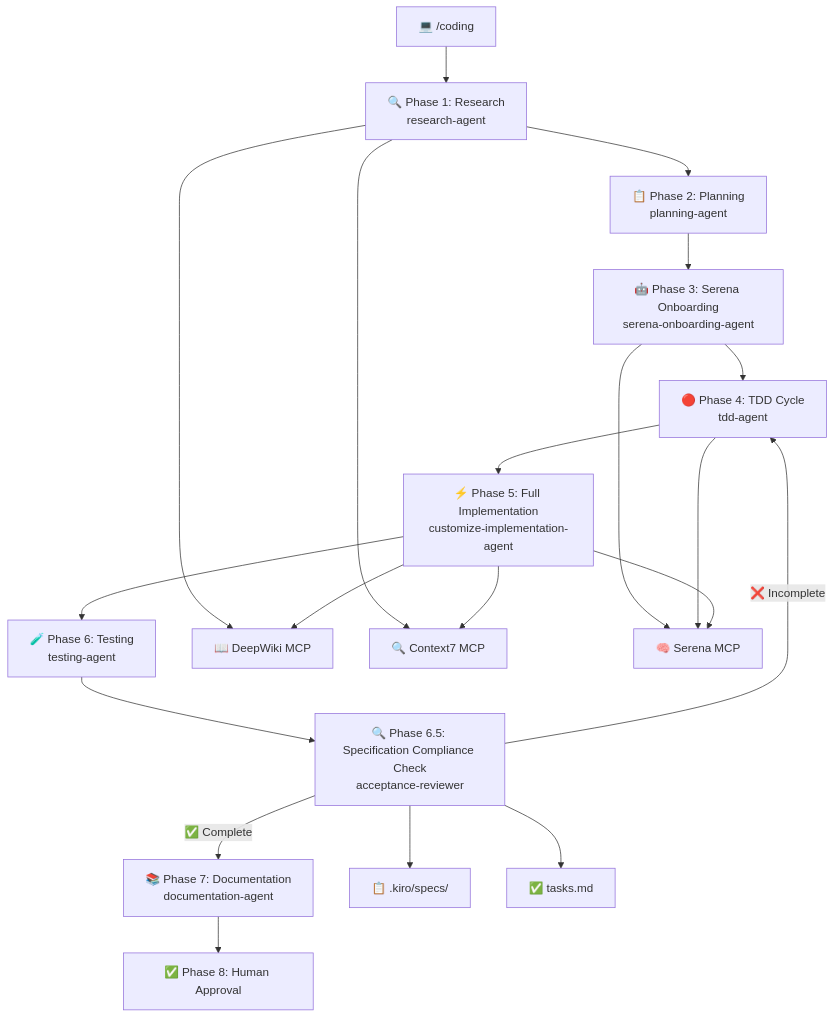
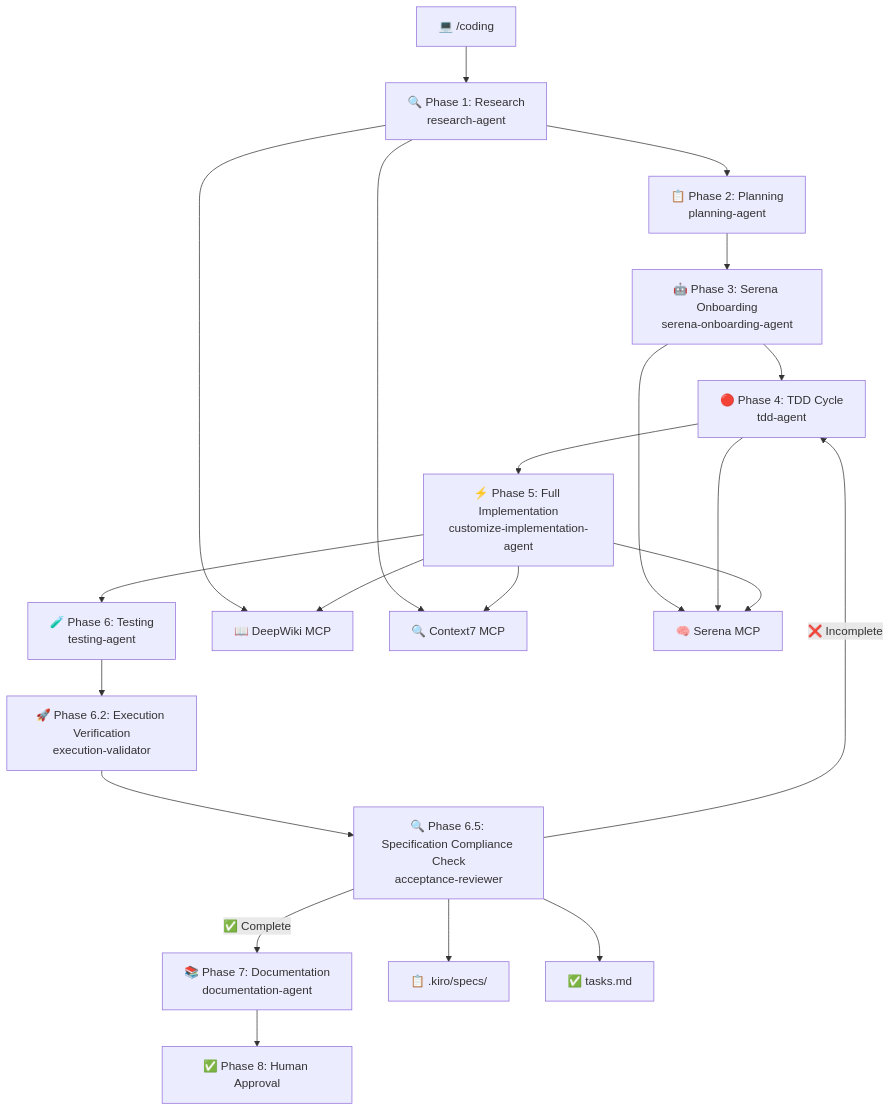
One commit to s-hiraoku/b2b-design-system changed the fourth of 10 diagrams in docs/design/ARCHITECTURE.md. Above: the diagram before and after it, drawn with Mermaid. The commit also changed other lines of this file and 5 other files, not shown here.

First line of the commit message:
Add execution verification phase and execution validator agent to workflow

````diff
--- a/docs/design/ARCHITECTURE.md
+++ b/docs/design/ARCHITECTURE.md
@@ -133,26 +133,27 @@
 ```mermaid
 graph TD
     CodingMain[💻 /coding] --> Phase1[🔍 Phase 1: Research<br/>research-agent]
     Phase1 --> Phase2[📋 Phase 2: Planning<br/>planning-agent]
     Phase2 --> Phase3[🤖 Phase 3: Serena Onboarding<br/>serena-onboarding-agent]
     Phase3 --> Phase4[🔴 Phase 4: TDD Cycle<br/>tdd-agent]
     Phase4 --> Phase5[⚡ Phase 5: Full Implementation<br/>customize-implementation-agent]
     Phase5 --> Phase6[🧪 Phase 6: Testing<br/>testing-agent]
-    Phase6 --> SpecCheck[🔍 Phase 6.5: Specification Compliance Check<br/>acceptance-reviewer]
+    Phase6 --> ExecVerif[🚀 Phase 6.2: Execution Verification<br/>execution-validator]
+    ExecVerif --> SpecCheck[🔍 Phase 6.5: Specification Compliance Check<br/>acceptance-reviewer]
     SpecCheck --> |✅ Complete| Phase7[📚 Phase 7: Documentation<br/>documentation-agent]
     SpecCheck --> |❌ Incomplete| Phase4
     Phase7 --> Approval[✅ Phase 8: Human Approval]
 
     %% MCP Integrations
     Phase1 --> DeepWiki[📖 DeepWiki MCP]
     Phase1 --> Context7[🔍 Context7 MCP]
     Phase3 --> SerenaMCP[🧠 Serena MCP]
     Phase4 --> SerenaMCP
     Phase5 --> SerenaMCP
     Phase5 --> DeepWiki
     Phase5 --> Context7
     
     %% Specification Check Integration
     SpecCheck --> SpecFiles[📋 .kiro/specs/]
     SpecCheck --> TasksFile[✅ tasks.md]
 ```
````
